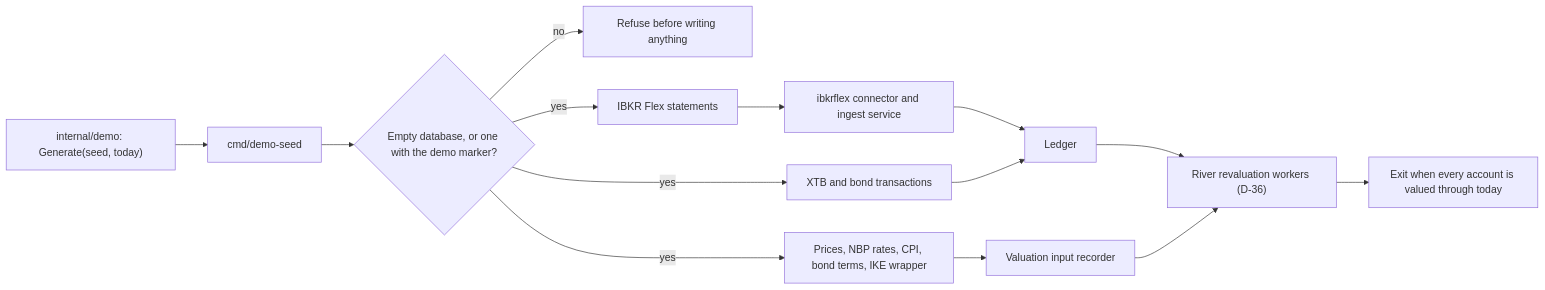
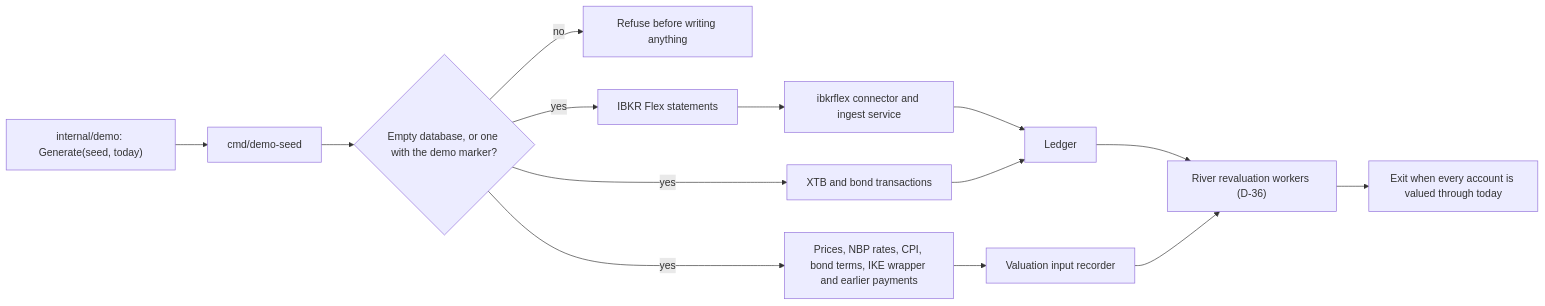
Before and after one commit to arkadiuss/openfief: the diagram in docs/dev/demo.md, drawn with Mermaid. The commit also changed other lines of this file and 285 other files, not shown here.

````diff
--- a/docs/dev/demo.md
+++ b/docs/dev/demo.md
@@ -202,14 +202,14 @@
 ```mermaid
 flowchart LR
   gen["internal/demo: Generate(seed, today)"] --> seed["cmd/demo-seed"]
   seed --> guard{"Empty database, or one with the demo marker?"}
   guard -->|"no"| refuse["Refuse before writing anything"]
   guard -->|"yes"| flex["IBKR Flex statements"]
   guard -->|"yes"| batches["XTB and bond transactions"]
-  guard -->|"yes"| inputs["Prices, NBP rates, CPI, bond terms, IKE wrapper"]
+  guard -->|"yes"| inputs["Prices, NBP rates, CPI, bond terms, IKE wrapper and earlier payments"]
   flex --> ingest["ibkrflex connector and ingest service"] --> ledger["Ledger"]
   batches --> ledger
   inputs --> recorder["Valuation input recorder"]
   ledger & recorder --> river["River revaluation workers (D-36)"]
   river --> done["Exit when every account is valued through today"]
 ```
````
